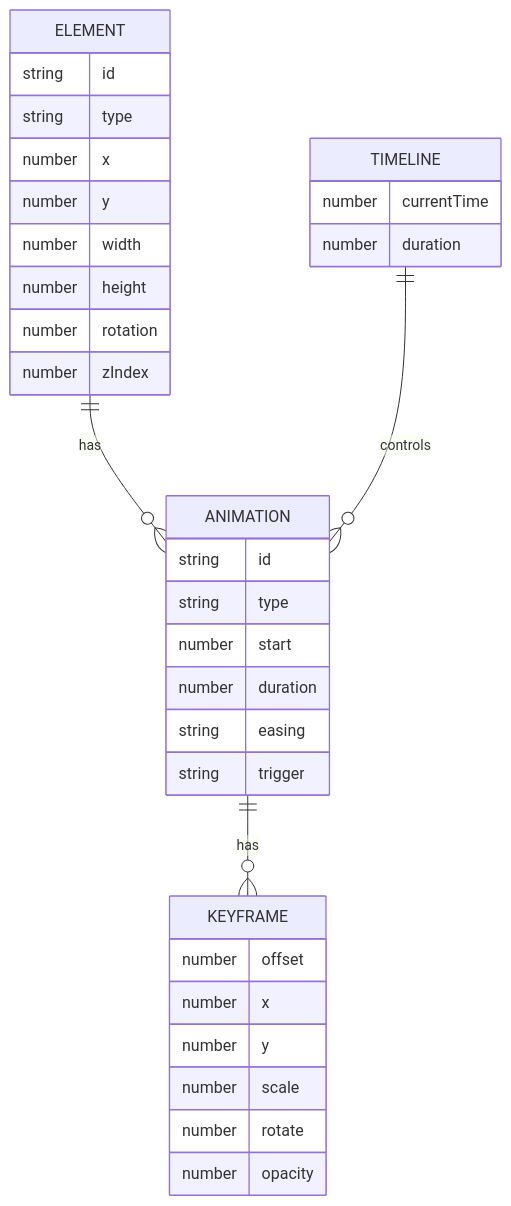
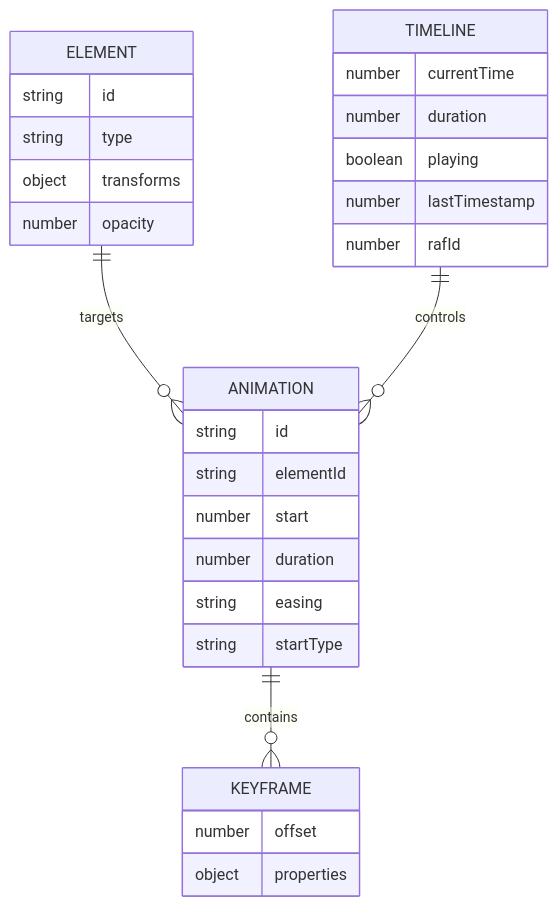
Before and after one commit to Anna0314zy/ai_editor_enginer: the third of 18 diagrams in .qoder/repowiki/en/content/Animation System/Timeline Engine.md, drawn with Mermaid. The commit also changed other lines of this file and 10 other files, not shown here.

````diff
--- a/.qoder/repowiki/en/content/Animation System/Timeline Engine.md
+++ b/.qoder/repowiki/en/content/Animation System/Timeline Engine.md
@@ -148,36 +186,31 @@
 ```mermaid
 erDiagram
 TIMELINE {
 number currentTime
 number duration
+boolean playing
+number lastTimestamp
+number rafId
 }
 ANIMATION {
 string id
-string type
+string elementId
 number start
 number duration
 string easing
-string trigger
+string startType
 }
 KEYFRAME {
 number offset
-number x
-number y
-number scale
-number rotate
-number opacity
+object properties
 }
 ELEMENT {
 string id
 string type
-number x
-number y
-number width
-number height
-number rotation
-number zIndex
+object transforms
+number opacity
 }
-ANIMATION ||--o{ KEYFRAME : "has"
-ELEMENT ||--o{ ANIMATION : "has"
+ANIMATION ||--o{ KEYFRAME : "contains"
+ELEMENT ||--o{ ANIMATION : "targets"
 TIMELINE ||--o{ ANIMATION : "controls"
 ```
````
